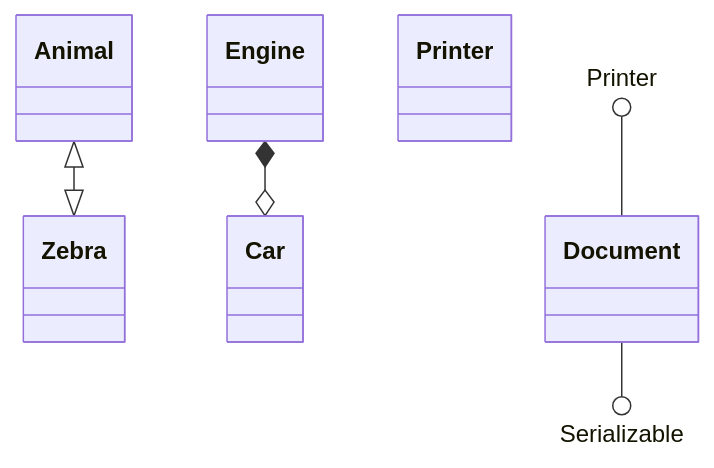
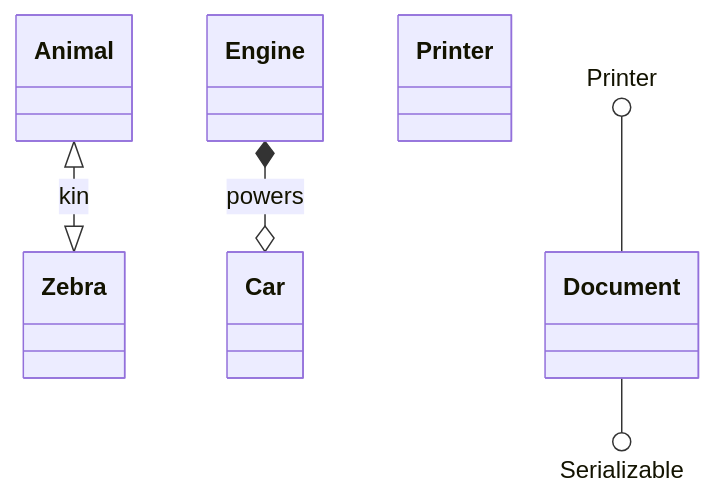
The diagram in e2e/diagrams/class-diagram/baseline/relationships/two-way-and-lollipop.mmd (mermaid-js/mermaid-v13), drawn with Mermaid before and after one commit. The commit also changed 24 other files, not shown here.

```diff
--- a/e2e/diagrams/class-diagram/baseline/relationships/two-way-and-lollipop.mmd
+++ b/e2e/diagrams/class-diagram/baseline/relationships/two-way-and-lollipop.mmd
@@ -1,9 +1,12 @@
 ---
-description: two-way relationships and lollipop interfaces
+description: >-
+  two-way relationships and lollipop interfaces; the labels of the two-way
+  relationships, with a marker at each end, sit midway between the classes
+  (D682)
 ---
 classDiagram
-  Animal <|--|> Zebra
-  Engine *--o Car
+  Animal <|--|> Zebra : kin
+  Engine *--o Car : powers
   Printer ()-- Document
   Document --() Serializable
   class Printer
```
